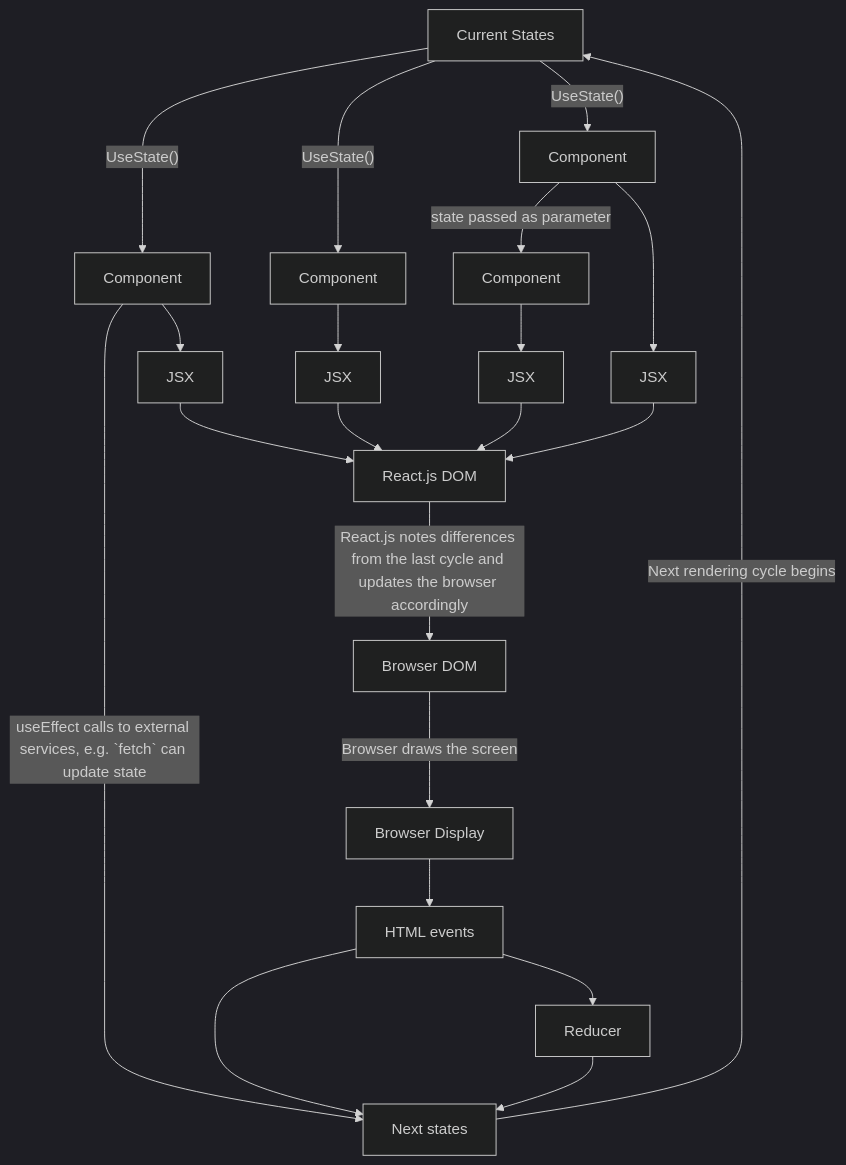
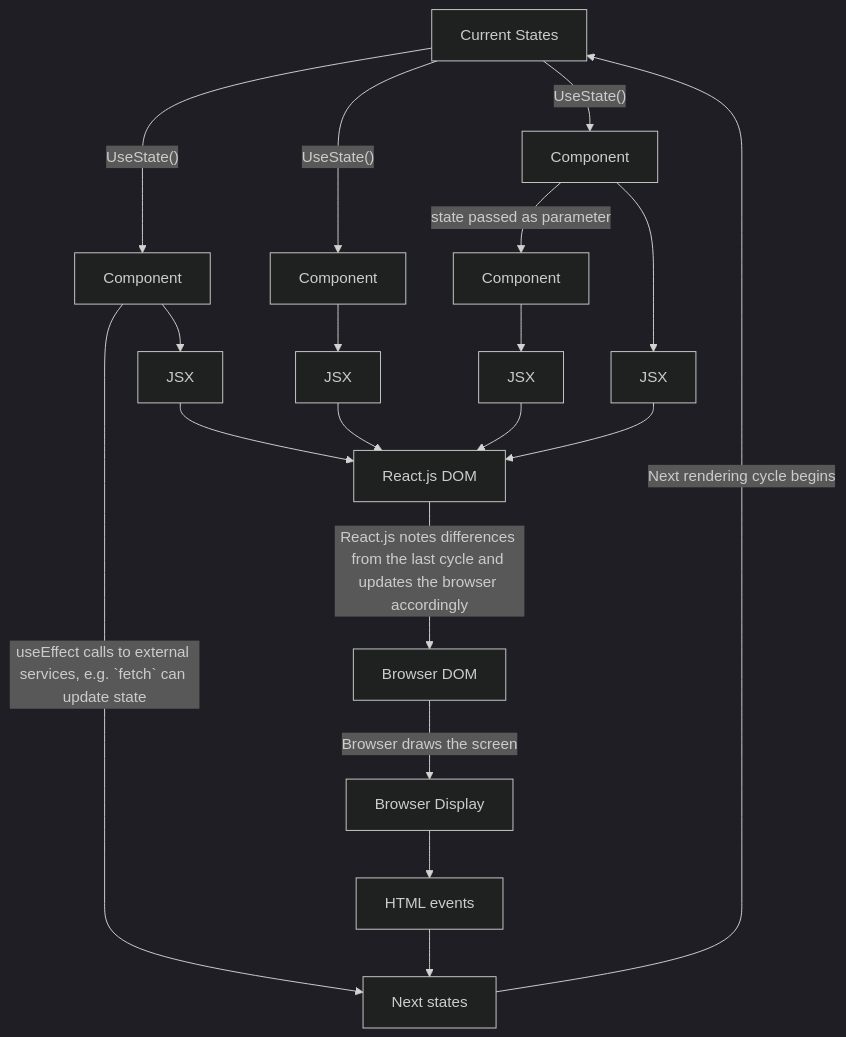
Before and after one commit to Billy-Spearman-WCCI/RaceCarExtension: the second of 5 diagrams in README.md, drawn with Mermaid (dark theme). The commit also changed other lines of this file, not shown here.

Commit message:
Omit reducer for now

````diff
--- a/README.md
+++ b/README.md
@@ -560,23 +560,21 @@
     ```mermaid
     graph TB;
     state-->|"UseState()"|Component
     state-->|"UseState()"|Component2[Component]
     state-->|"UseState()"|Component4[Component]
     Component2-->JSX2[JSX]
     JSX2-->ReactDOM
     Component3[Component]-->JSX3[JSX]
     JSX3-->ReactDOM
     Component4-->|state passed as parameter|Component3
     Component4-->JSX4[JSX]
     JSX4-->ReactDOM
     Component-->|"useEffect" calls to external services, e.g. `fetch` can update state|nextState
     Component-->JSX
     JSX-->ReactDOM[React.js DOM]
     ReactDOM-->|React.js notes differences from the last cycle and updates the browser accordingly|BrowserDOM[Browser DOM]
     BrowserDOM-->|Browser draws the screen|Display[Browser Display]
     Display-->BrowserEvents[HTML events]
     BrowserEvents-->nextState
-    BrowserEvents-->Reducer
     nextState[Next states]-->|Next rendering cycle begins|state[Current States]
-    Reducer-->nextState
     ``` 
````
